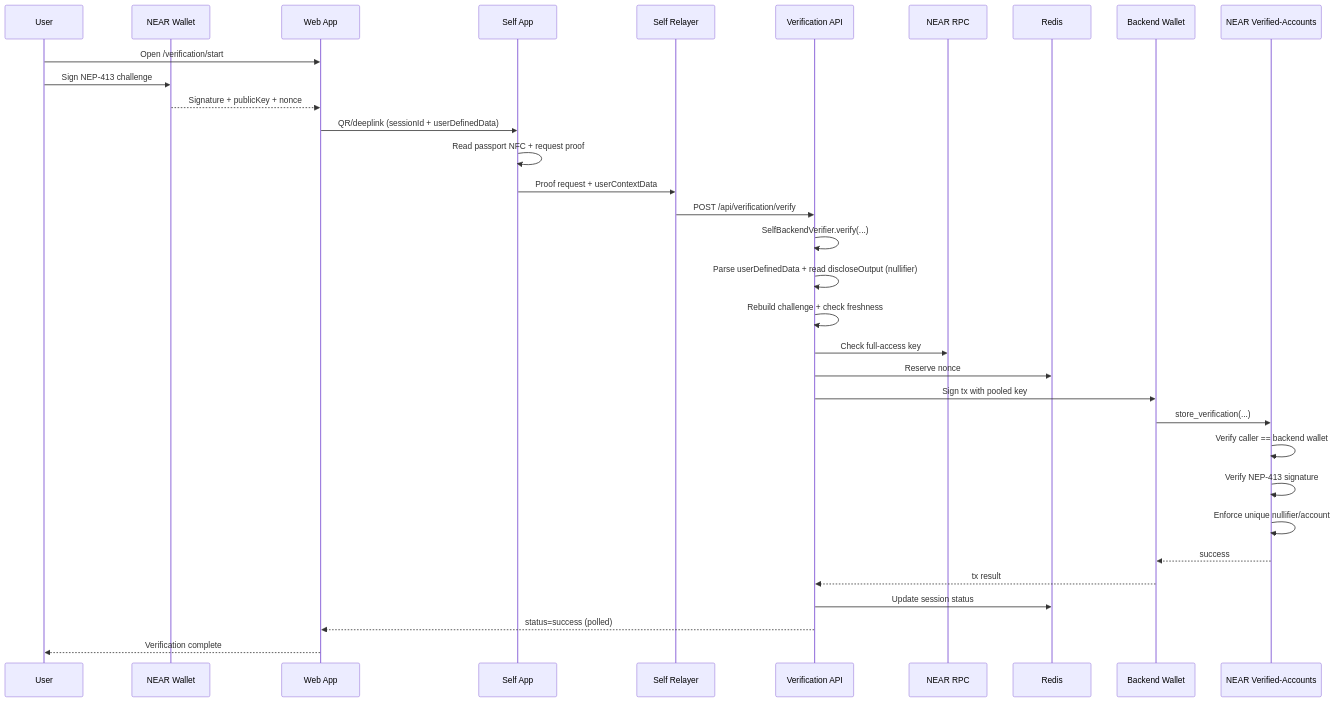
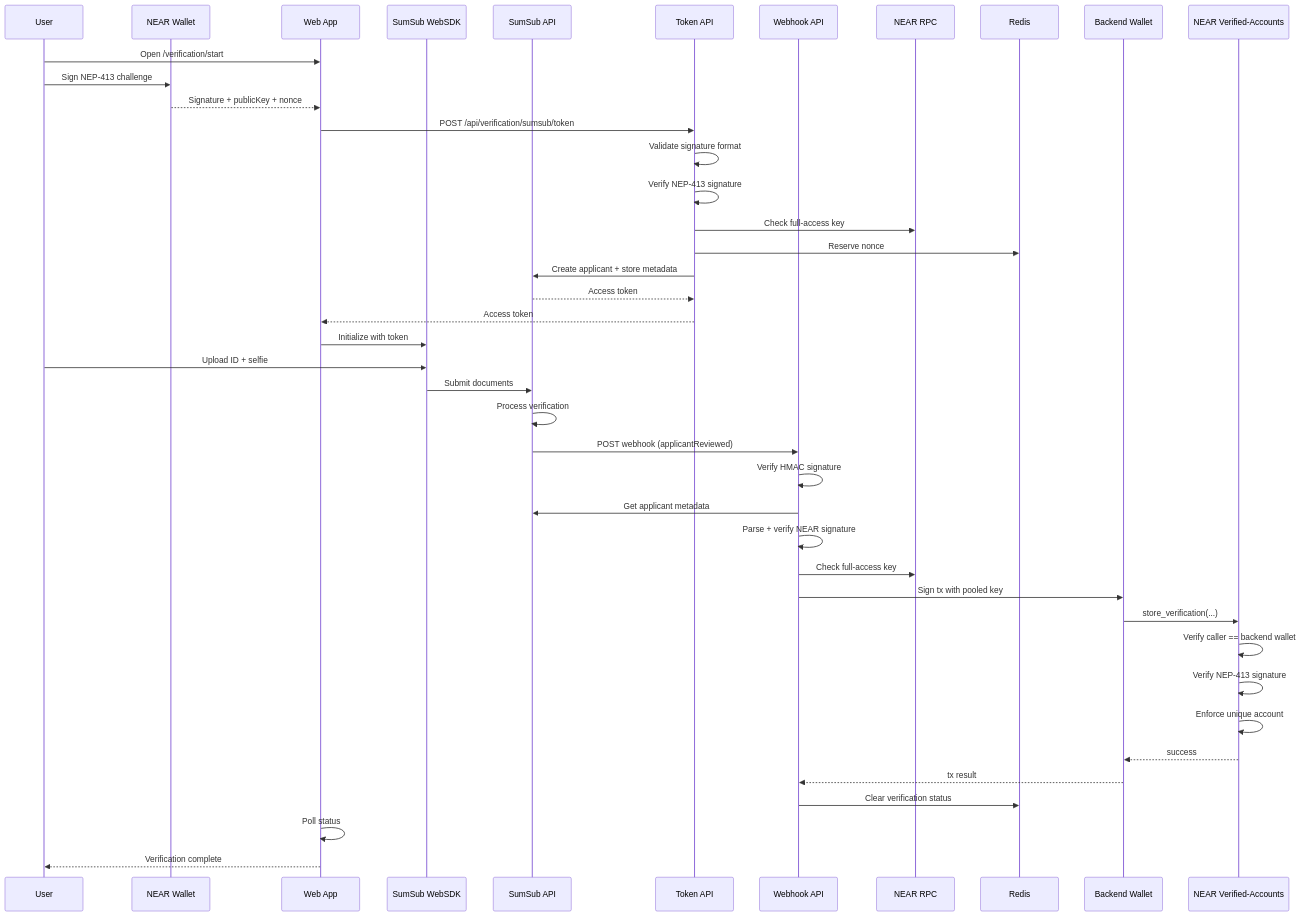
Before and after one commit to HackHumanityOrg/near-citizens-house: the diagram in docs/VERIFICATION_ARCHITECTURE.md, drawn with Mermaid. The commit also changed other lines of this file and 2 other files, not shown here.

````diff
--- a/docs/VERIFICATION_ARCHITECTURE.md
+++ b/docs/VERIFICATION_ARCHITECTURE.md
@@ -35,36 +56,45 @@
 ```mermaid
 sequenceDiagram
     participant User
     participant Wallet as NEAR Wallet
     participant Web as Web App
-    participant SelfApp as Self App
-    participant Relayer as Self Relayer
-    participant Backend as Verification API
+    participant WebSDK as SumSub WebSDK
+    participant SumSub as SumSub API
+    participant TokenAPI as Token API
+    participant WebhookAPI as Webhook API
     participant Rpc as NEAR RPC
     participant Redis
     participant BackendWallet as Backend Wallet
     participant Contract as NEAR Verified-Accounts
 
     User->>Web: Open /verification/start
     User->>Wallet: Sign NEP-413 challenge
     Wallet-->>Web: Signature + publicKey + nonce
-    Web->>SelfApp: QR/deeplink (sessionId + userDefinedData)
-    SelfApp->>SelfApp: Read passport NFC + request proof
-    SelfApp->>Relayer: Proof request + userContextData
-    Relayer->>Backend: POST /api/verification/verify
-    Backend->>Backend: SelfBackendVerifier.verify(...)
-    Backend->>Backend: Parse userDefinedData + read discloseOutput (nullifier)
-    Backend->>Backend: Rebuild challenge + check freshness
-    Backend->>Rpc: Check full-access key
-    Backend->>Redis: Reserve nonce
-    Backend->>BackendWallet: Sign tx with pooled key
+    Web->>TokenAPI: POST /api/verification/sumsub/token
+    TokenAPI->>TokenAPI: Validate signature format
+    TokenAPI->>TokenAPI: Verify NEP-413 signature
+    TokenAPI->>Rpc: Check full-access key
+    TokenAPI->>Redis: Reserve nonce
+    TokenAPI->>SumSub: Create applicant + store metadata
+    SumSub-->>TokenAPI: Access token
+    TokenAPI-->>Web: Access token
+    Web->>WebSDK: Initialize with token
+    User->>WebSDK: Upload ID + selfie
+    WebSDK->>SumSub: Submit documents
+    SumSub->>SumSub: Process verification
+    SumSub->>WebhookAPI: POST webhook (applicantReviewed)
+    WebhookAPI->>WebhookAPI: Verify HMAC signature
+    WebhookAPI->>SumSub: Get applicant metadata
+    WebhookAPI->>WebhookAPI: Parse + verify NEAR signature
+    WebhookAPI->>Rpc: Check full-access key
+    WebhookAPI->>BackendWallet: Sign tx with pooled key
     BackendWallet->>Contract: store_verification(...)
     Contract->>Contract: Verify caller == backend wallet
     Contract->>Contract: Verify NEP-413 signature
-    Contract->>Contract: Enforce unique nullifier/account
+    Contract->>Contract: Enforce unique account
     Contract-->>BackendWallet: success
-    BackendWallet-->>Backend: tx result
-    Backend->>Redis: Update session status
-    Backend-->>Web: status=success (polled)
+    BackendWallet-->>WebhookAPI: tx result
+    WebhookAPI->>Redis: Clear verification status
+    Web->>Web: Poll status
     Web-->>User: Verification complete
 ```
````
